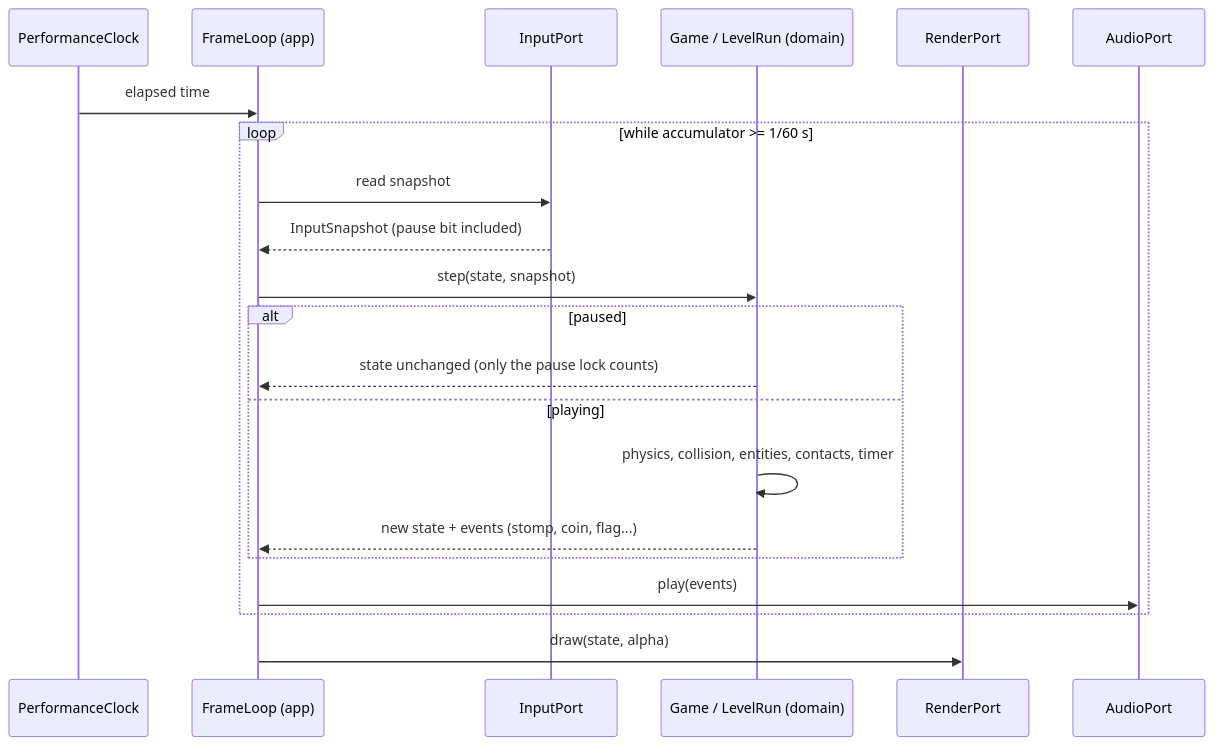
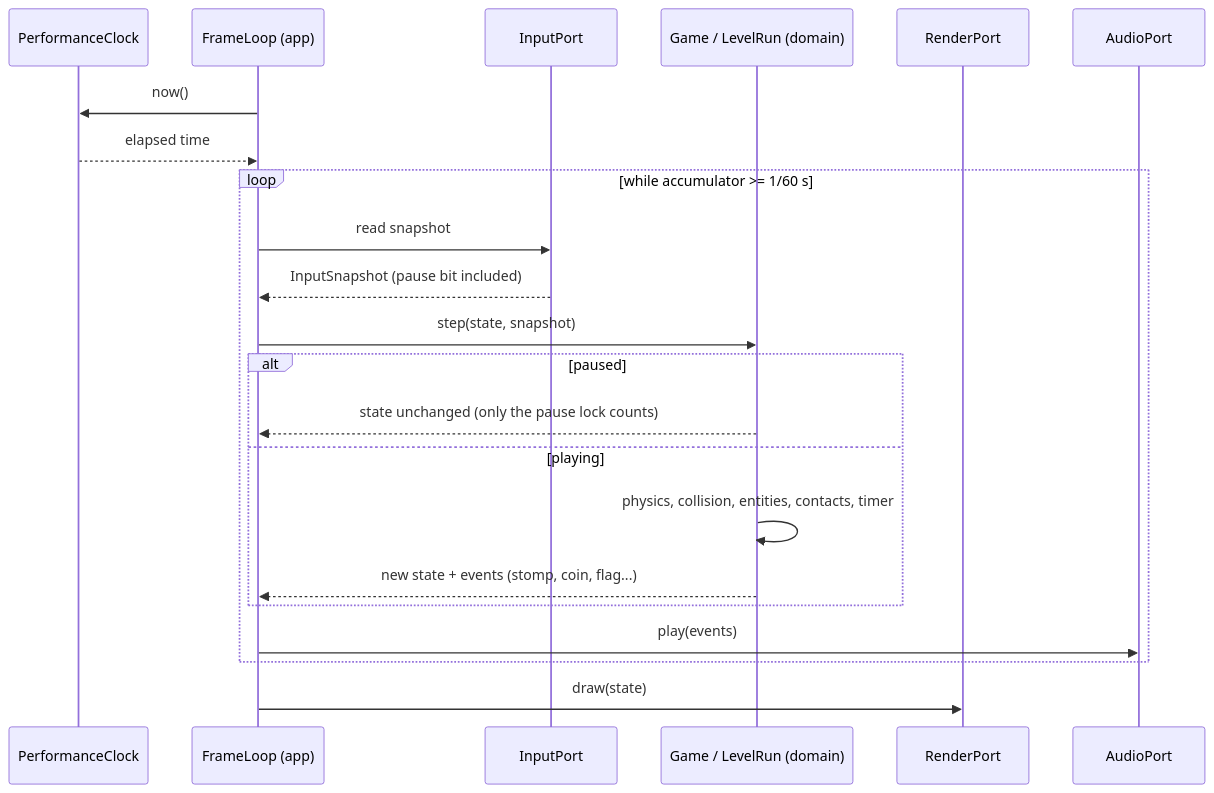
One commit to benoit-bremaud/retro-plumber changed the diagram in docs/architecture/diagrams/gameplay/06-sequence-tick.md. Above: the diagram before and after it, drawn with Mermaid. The commit also changed other lines of this file and 7 other files, not shown here.

Commit message:
docs(uml): apply local review fixes to specs and sequences

````diff
--- a/docs/architecture/diagrams/gameplay/06-sequence-tick.md
+++ b/docs/architecture/diagrams/gameplay/06-sequence-tick.md
@@ -13,23 +13,24 @@
 ```mermaid
 sequenceDiagram
     participant Clock as PerformanceClock
     participant FL as FrameLoop (app)
     participant In as InputPort
     participant Game as Game / LevelRun (domain)
     participant Out as RenderPort
     participant Snd as AudioPort
-    Clock->>FL: elapsed time
+    FL->>Clock: now()
+    Clock-->>FL: elapsed time
     loop while accumulator >= 1/60 s
         FL->>In: read snapshot
         In-->>FL: InputSnapshot (pause bit included)
         FL->>Game: step(state, snapshot)
         alt paused
             Game-->>FL: state unchanged (only the pause lock counts)
         else playing
             Game->>Game: physics, collision, entities, contacts, timer
             Game-->>FL: new state + events (stomp, coin, flag...)
         end
         FL->>Snd: play(events)
     end
-    FL->>Out: draw(state, alpha)
+    FL->>Out: draw(state)
 ```
````
